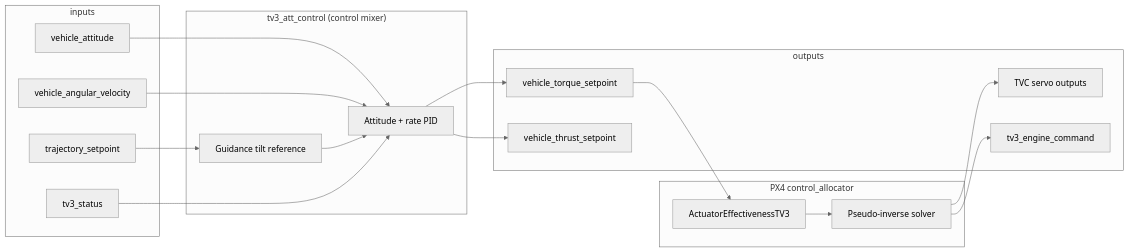
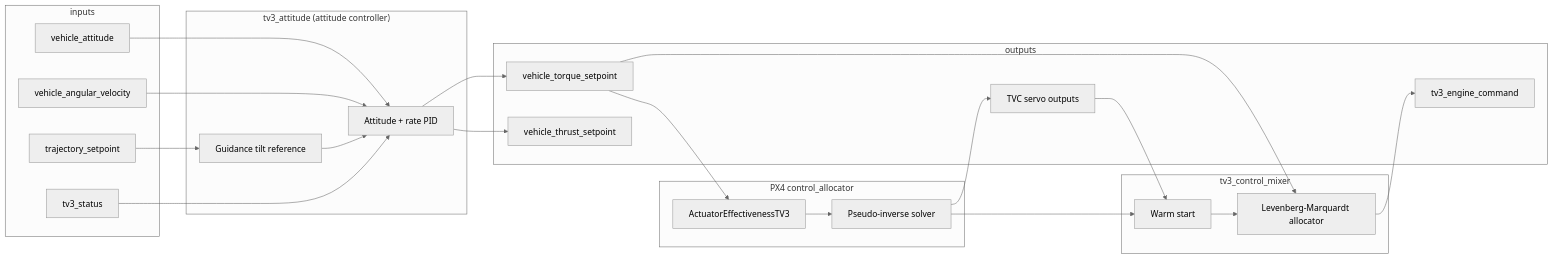
One commit to lbarks27/TV3-PX4-Extension changed the diagram in docs/control_mixer.md. Above: the diagram before and after it, drawn with Mermaid (neutral theme). The commit also changed other lines of this file and 85 other files, not shown here.

````diff
--- a/docs/control_mixer.md
+++ b/docs/control_mixer.md
@@ -15,35 +17,42 @@
 ```mermaid
 flowchart LR
     subgraph inputs
         ATT[vehicle_attitude]
         RATE[vehicle_angular_velocity]
         TRAJ[trajectory_setpoint]
         STATUS[tv3_status]
     end
 
-    subgraph mixer["tv3_att_control (control mixer)"]
+    subgraph attitude["tv3_attitude (attitude controller)"]
         PID[Attitude + rate PID]
         GUID[Guidance tilt reference]
     end
 
     subgraph alloc["PX4 control_allocator"]
         EFF[ActuatorEffectivenessTV3]
         SOLVE[Pseudo-inverse solver]
+    end
+
+    subgraph mixer["tv3_control_mixer"]
+        WARM[Warm start]
+        LM[Levenberg-Marquardt allocator]
     end
 
     subgraph outputs
         TQ[vehicle_torque_setpoint]
         TH[vehicle_thrust_setpoint]
         SERVO[TVC servo outputs]
         ENG[tv3_engine_command]
     end
 
     ATT --> PID
     RATE --> PID
     TRAJ --> GUID --> PID
     STATUS --> PID
     PID --> TQ
     PID --> TH
     TQ --> EFF --> SOLVE --> SERVO
-    SOLVE --> ENG
+    SOLVE --> WARM
+    TQ --> LM
+    SERVO --> WARM --> LM --> ENG
 ```
````
